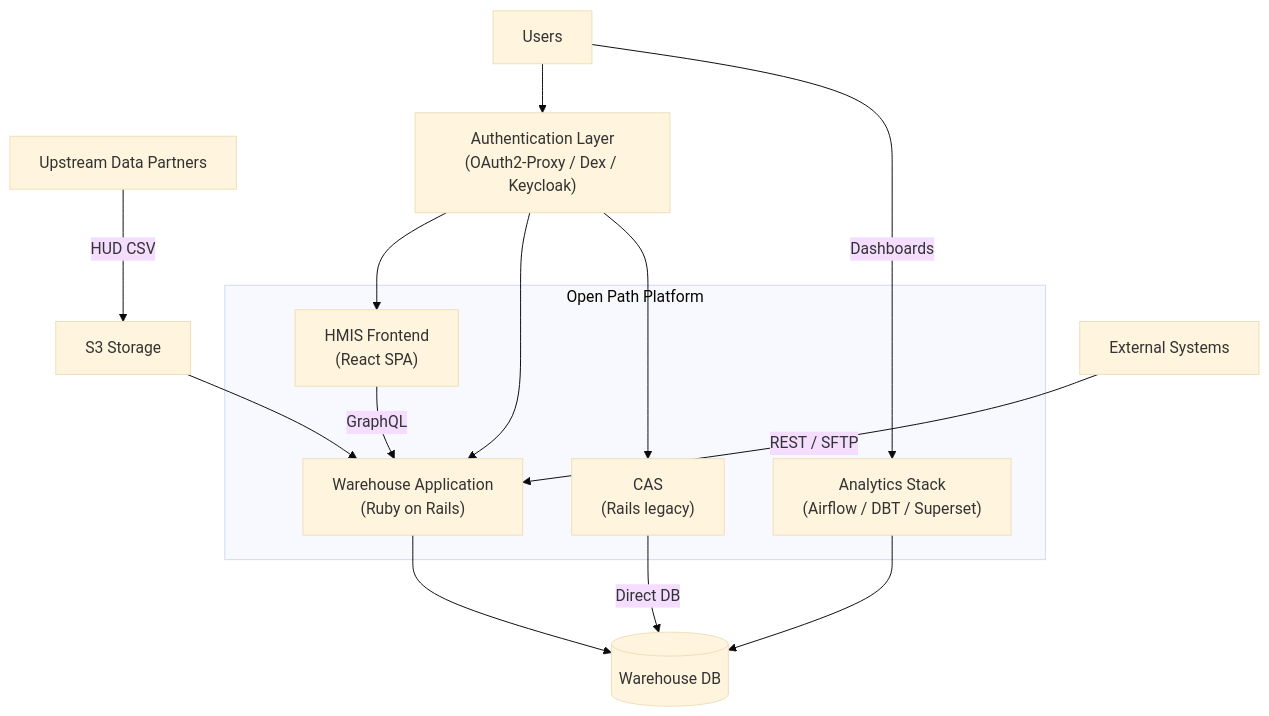
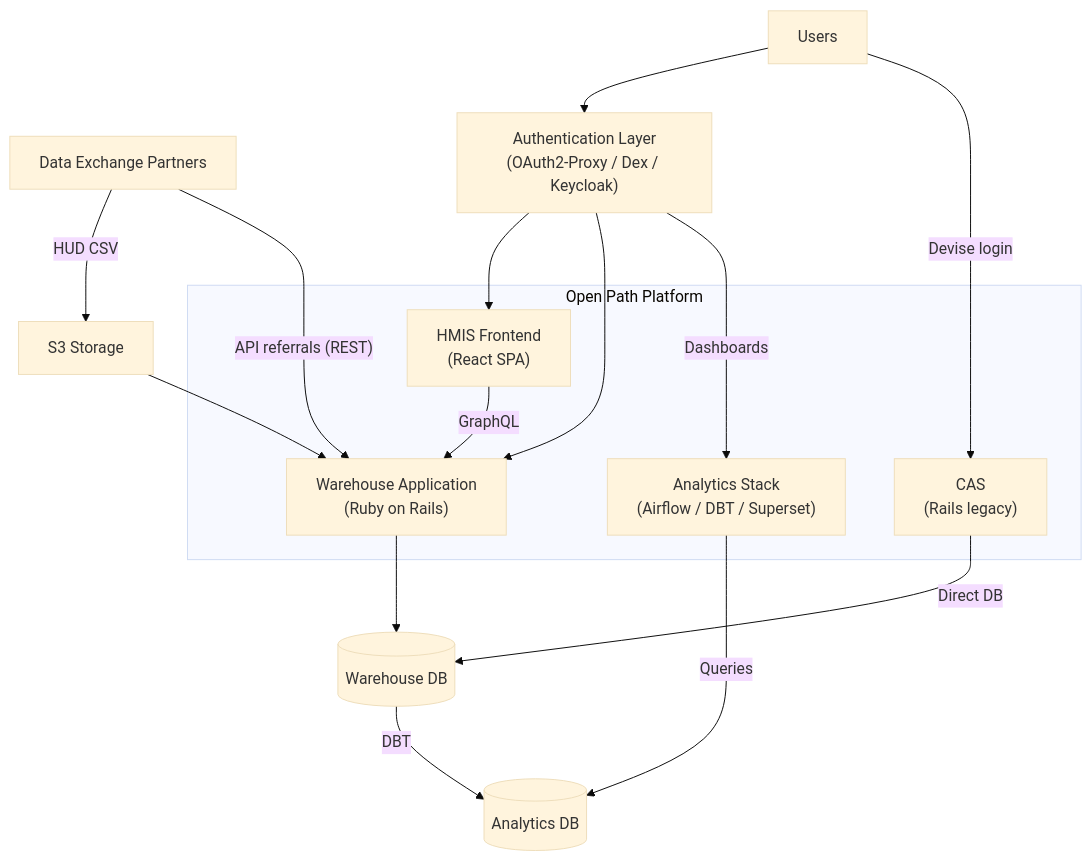
One commit to greenriver/hmis-warehouse changed the diagram in docs/architecture/05-building-blocks/05-0-building-blocks.md. Above: the diagram before and after it, drawn with Mermaid (base theme). The commit also changed other lines of this file and 5 other files, not shown here.

````diff
--- a/docs/architecture/05-building-blocks/05-0-building-blocks.md
+++ b/docs/architecture/05-building-blocks/05-0-building-blocks.md
@@ -9,26 +9,29 @@
 ```mermaid
 flowchart TB
     USERS["Users"]
-    UPSTREAM["Upstream Data Partners"]
+    PARTNERS["Data Exchange Partners"]
 
     SSO["Authentication Layer\n(OAuth2-Proxy / Dex / Keycloak)"]
 
     subgraph platform ["Open Path Platform"]
         HMIS_FE["HMIS Frontend\n(React SPA)"]
         WAREHOUSE["Warehouse Application\n(Ruby on Rails)"]
         CAS["CAS\n(Rails legacy)"]
         ANALYTICS["Analytics Stack\n(Airflow / DBT / Superset)"]
     end
 
     WAREHOUSE_DB[("Warehouse DB")]
+    ANALYTICS_DB[("Analytics DB")]
     S3["S3 Storage"]
 
-    USERS --> SSO --> HMIS_FE & WAREHOUSE & CAS
-    USERS -- "Dashboards" --> ANALYTICS
+    USERS --> SSO --> HMIS_FE & WAREHOUSE
+    SSO -- "Dashboards" --> ANALYTICS
+    USERS -- "Devise login" --> CAS
+    PARTNERS -- "HUD CSV" --> S3 --> WAREHOUSE
     HMIS_FE -- "GraphQL" --> WAREHOUSE
-    EXT["External Systems"] -- "REST / SFTP" --> WAREHOUSE
+    PARTNERS -- "API referrals (REST)" --> WAREHOUSE
     WAREHOUSE --> WAREHOUSE_DB
     CAS -- "Direct DB" --> WAREHOUSE_DB
-    UPSTREAM -- "HUD CSV" --> S3 --> WAREHOUSE
-    ANALYTICS --> WAREHOUSE_DB
+    WAREHOUSE_DB -- "DBT" --> ANALYTICS_DB
+    ANALYTICS -- "Queries" --> ANALYTICS_DB
 ```
````
